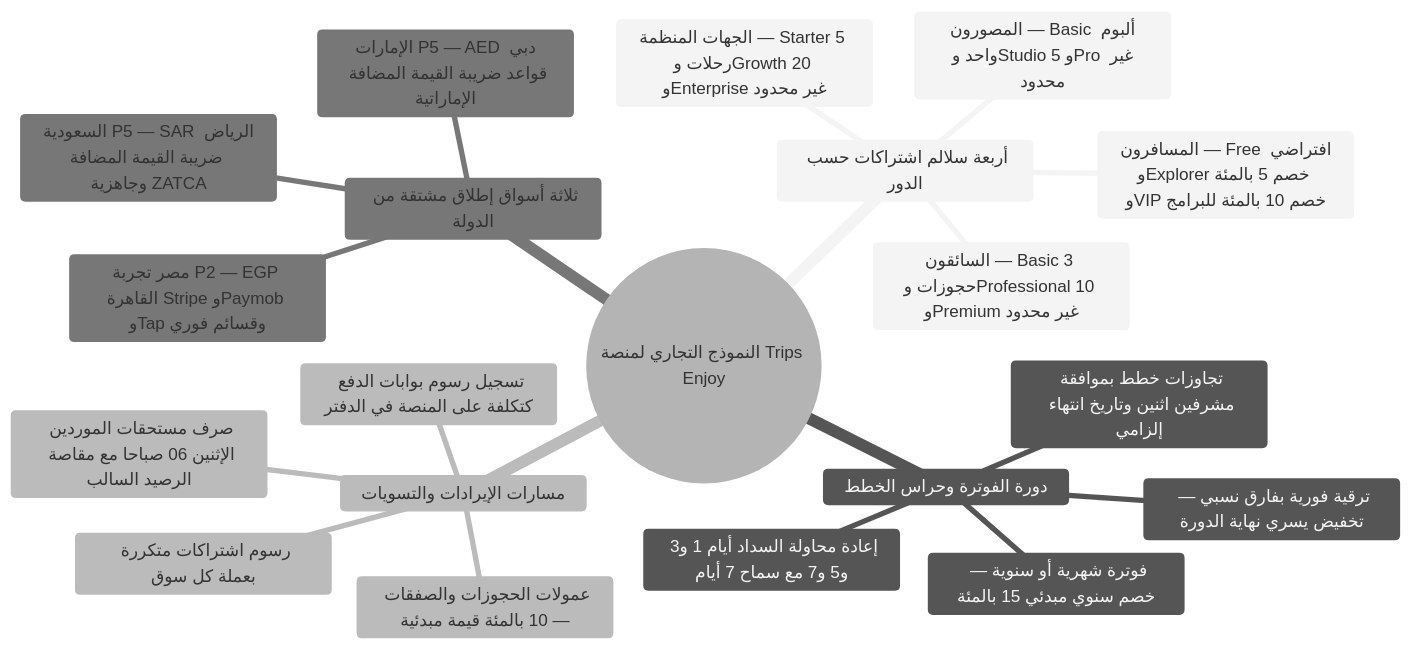
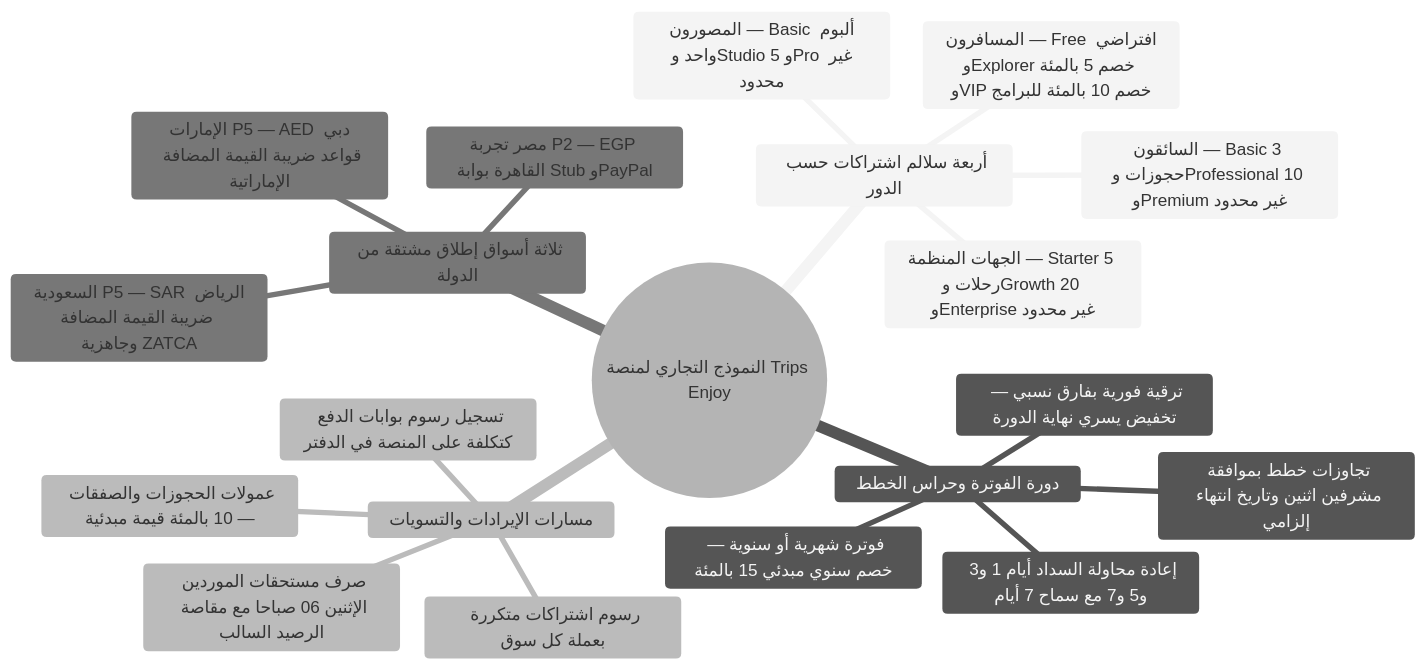
Before and after one commit to mohamedhabibwork/trips-enjoy-docs: the second of 7 diagrams in content/docs/ar/system/mindmaps.mdx, drawn with Mermaid (neutral theme). The commit also changed other lines of this file and 117 other files, not shown here.

````diff
--- a/content/docs/ar/system/mindmaps.mdx
+++ b/content/docs/ar/system/mindmaps.mdx
@@ -138,23 +138,23 @@
 ```mermaid
 mindmap
   root(("النموذج التجاري لمنصة Trips Enjoy"))
     أربعة سلالم اشتراكات حسب الدور
       الجهات المنظمة — Starter 5 رحلات وGrowth 20 وEnterprise غير محدود
       السائقون — Basic 3 حجوزات وProfessional 10 وPremium غير محدود
       المصورون — Basic ألبوم واحد وStudio 5 وPro غير محدود
       المسافرون — Free افتراضي وExplorer خصم 5 بالمئة وVIP خصم 10 بالمئة للبرامج
     دورة الفوترة وحراس الخطط
       فوترة شهرية أو سنوية — خصم سنوي مبدئي 15 بالمئة
       ترقية فورية بفارق نسبي — تخفيض يسري نهاية الدورة
       إعادة محاولة السداد أيام 1 و3 و5 و7 مع سماح 7 أيام
       تجاوزات خطط بموافقة مشرفين اثنين وتاريخ انتهاء إلزامي
     مسارات الإيرادات والتسويات
       رسوم اشتراكات متكررة بعملة كل سوق
       عمولات الحجوزات والصفقات — 10 بالمئة قيمة مبدئية
       تسجيل رسوم بوابات الدفع كتكلفة على المنصة في الدفتر
       صرف مستحقات الموردين الإثنين 06 صباحا مع مقاصة الرصيد السالب
     ثلاثة أسواق إطلاق مشتقة من الدولة
-      مصر تجربة P2 — EGP القاهرة Stripe وPaymob وTap وقسائم فوري
+      مصر تجربة P2 — EGP القاهرة بوابة Stub وPayPal
       السعودية P5 — SAR الرياض ضريبة القيمة المضافة وجاهزية ZATCA
       الإمارات P5 — AED دبي قواعد ضريبة القيمة المضافة الإماراتية
 ```
````
